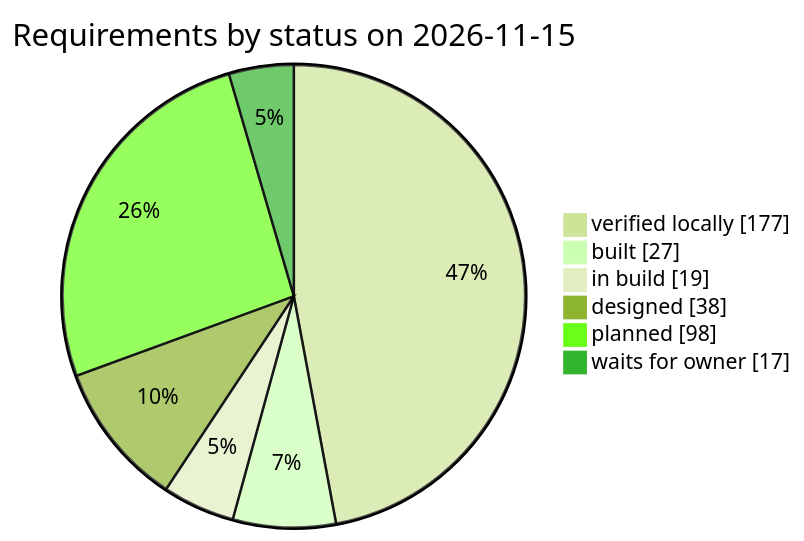
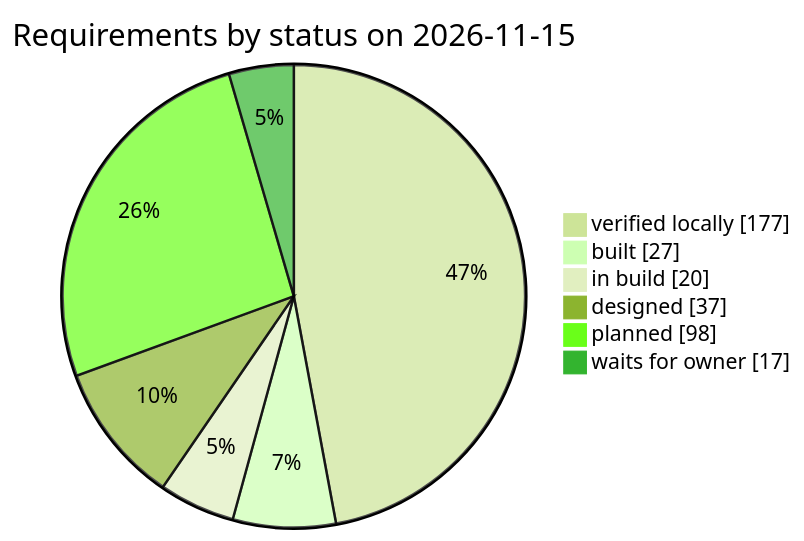
One commit to qa-io-vn/fnb-manager changed the third of 3 diagrams in docs/requirements.md. Above: the diagram before and after it, drawn with Mermaid (forest theme). The commit also changed other lines of this file and 34 other files, not shown here.

````diff
--- a/docs/requirements.md
+++ b/docs/requirements.md
@@ -982,10 +982,10 @@
 ```mermaid
 pie showData
     title Requirements by status on 2026-11-15
     "verified locally" : 177
     "built" : 27
-    "in build" : 19
-    "designed" : 38
+    "in build" : 20
+    "designed" : 37
     "planned" : 98
     "waits for owner" : 17
 ```
````
